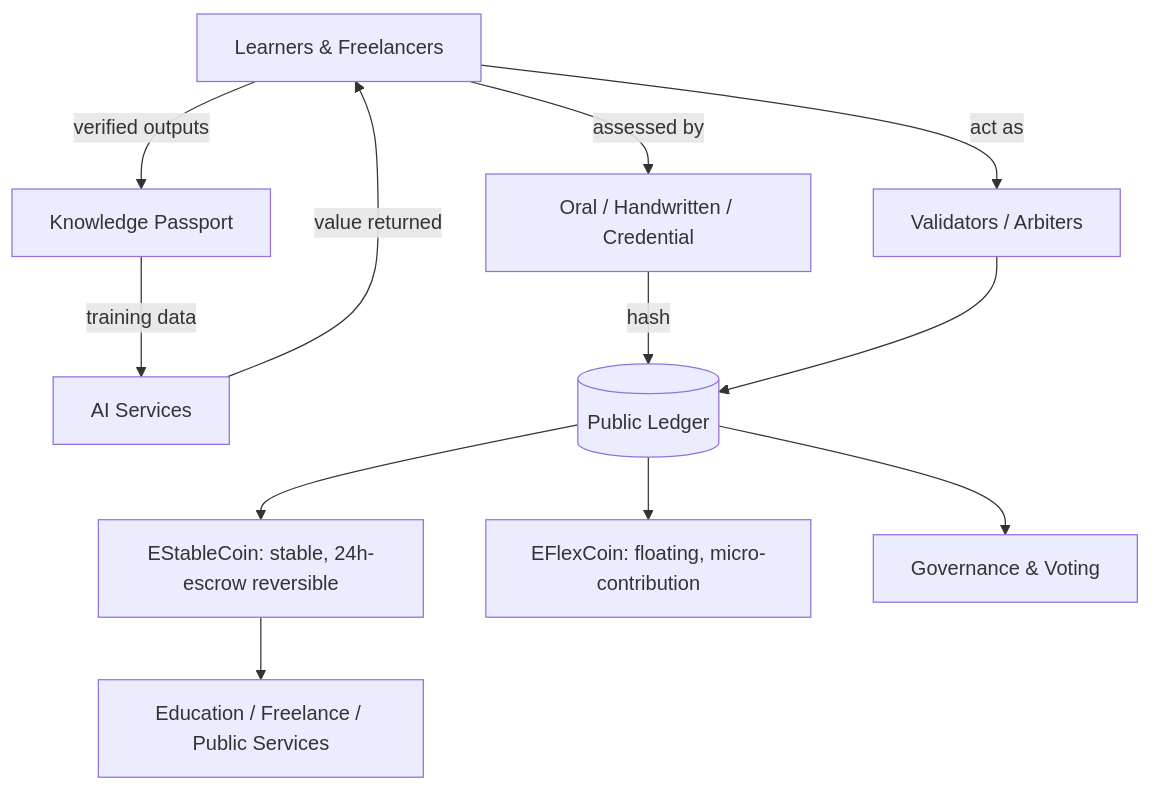
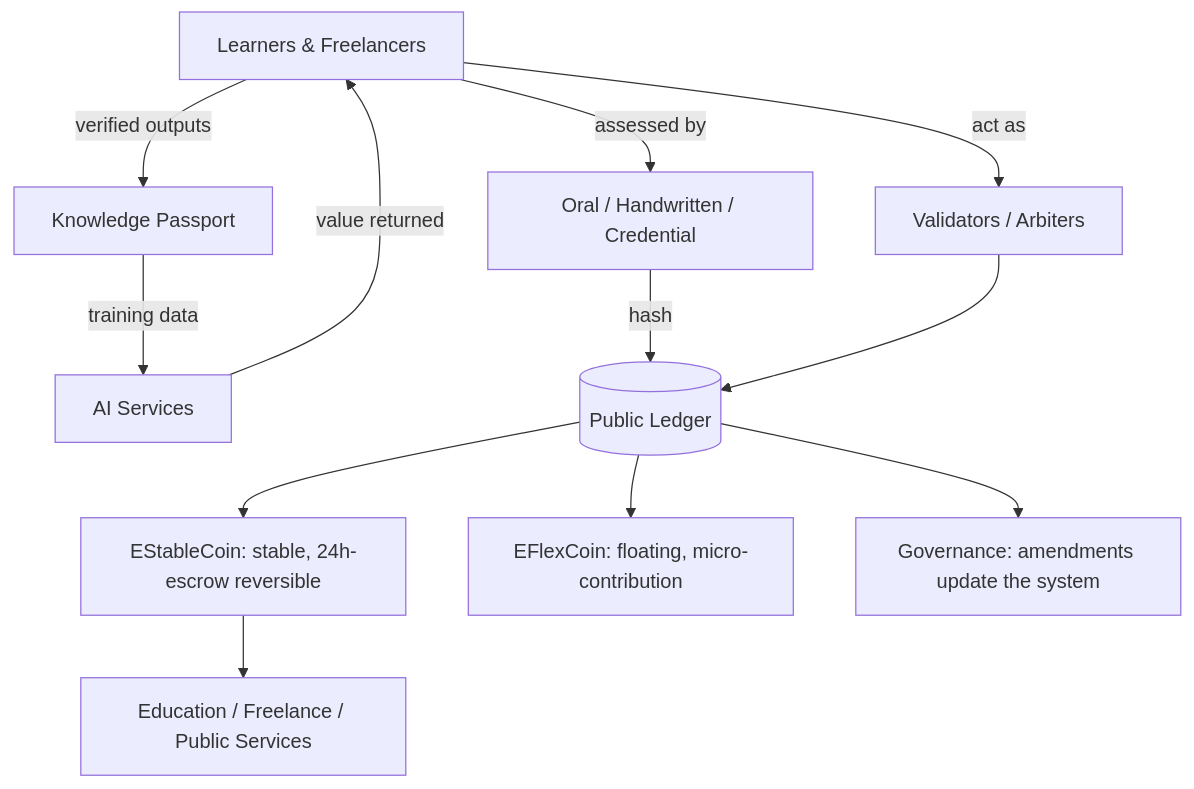
The diagram in WHITEPAPER.md (megumi-joy/EduStableCoin), drawn with Mermaid before and after one commit. The commit also changed other lines of this file and 4 other files, not shown here.

````diff
--- a/WHITEPAPER.md
+++ b/WHITEPAPER.md
@@ -154,14 +158,14 @@
 ```mermaid
 flowchart TD
     L[Learners & Freelancers] -->|verified outputs| KP[Knowledge Passport]
     KP -->|training data| AI[AI Services]
     AI -->|value returned| L
     L -->|assessed by| ASSESS[Oral / Handwritten / Credential]
     ASSESS -->|hash| BC[(Public Ledger)]
     L -->|act as| V[Validators / Arbiters]
     V --> BC
     BC --> ES[EStableCoin: stable, 24h-escrow reversible]
     BC --> EF[EFlexCoin: floating, micro-contribution]
-    BC --> GOV[Governance & Voting]
+    BC --> GOV[Governance: amendments update the system]
     ES --> SVC[Education / Freelance / Public Services]
 ```
````
